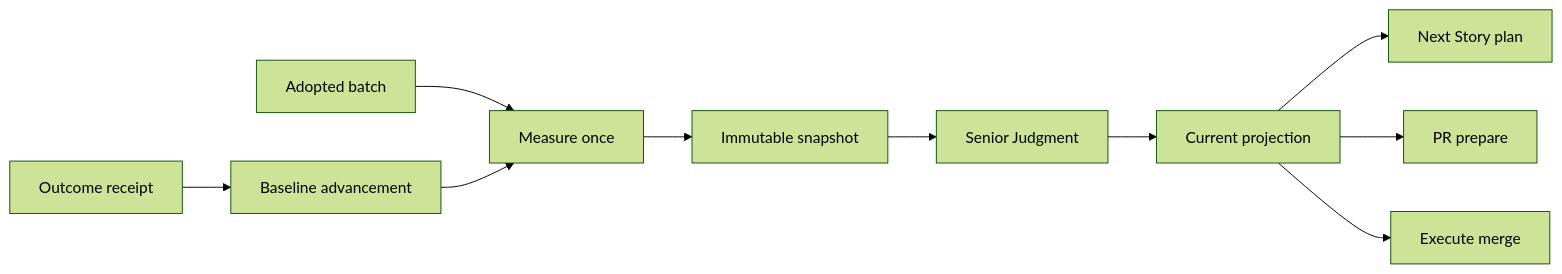
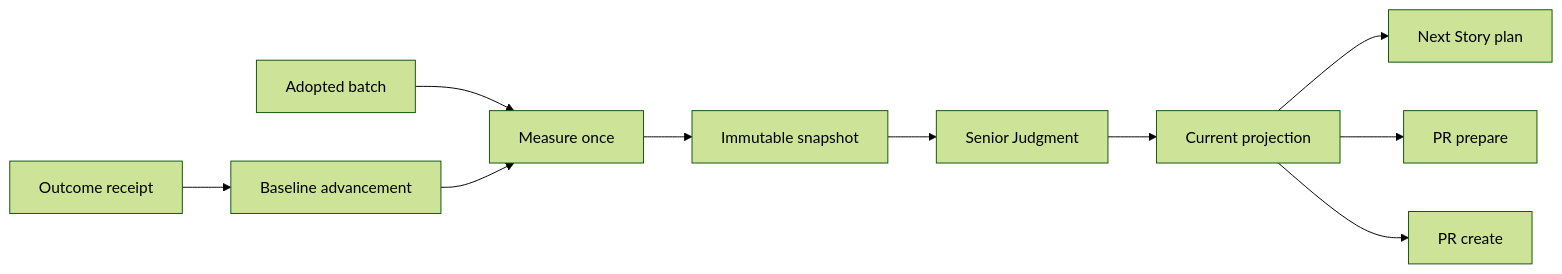
The diagram in docs/architecture/story-vibepro-development-control-loop.md (Unson-LLC/vibepro), drawn with Mermaid (forest theme) before and after one commit. The commit also changed other lines of this file and 7 other files, not shown here.

````diff
--- a/docs/architecture/story-vibepro-development-control-loop.md
+++ b/docs/architecture/story-vibepro-development-control-loop.md
@@ -23,12 +23,12 @@
 ```mermaid
 flowchart LR
   A["Adopted batch"] --> M["Measure once"]
   M --> S["Immutable snapshot"]
   S --> J["Senior Judgment"]
   J --> P["Current projection"]
   P --> N["Next Story plan"]
   P --> R["PR prepare"]
-  P --> X["Execute merge"]
+  P --> C["PR create"]
   O["Outcome receipt"] --> B["Baseline advancement"]
   B --> M
 ```
````
